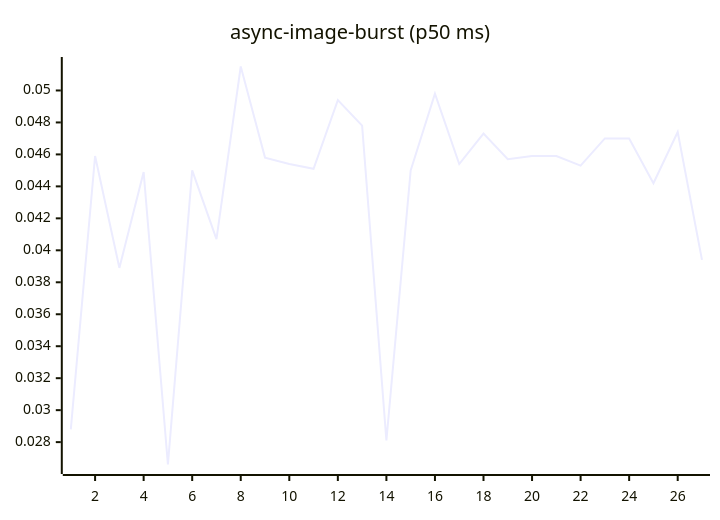
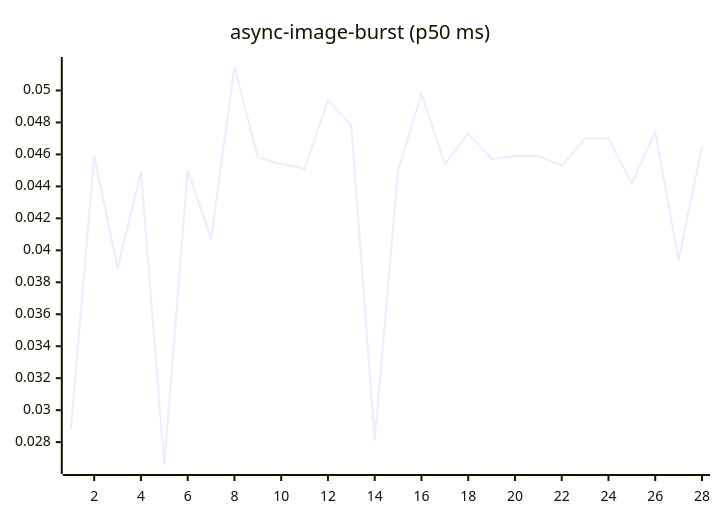
The fourth of 27 diagrams in README.md (josha/Facet), drawn with Mermaid before and after one commit. The commit also changed other lines of this file and 2 other files, not shown here.

````diff
--- a/README.md
+++ b/README.md
@@ -84,6 +84,6 @@
 ```mermaid
 xychart-beta
     title "async-image-burst (p50 ms)"
-    x-axis 1 --> 27
-    line [0.0288, 0.0459, 0.0389, 0.0449, 0.0266, 0.0450, 0.0407, 0.0515, 0.0458, 0.0454, 0.0451, 0.0494, 0.0478, 0.0281, 0.0450, 0.0498, 0.0454, 0.0473, 0.0457, 0.0459, 0.0459, 0.0453, 0.0470, 0.0470, 0.0442, 0.0474, 0.0394]
+    x-axis 1 --> 28
+    line [0.0288, 0.0459, 0.0389, 0.0449, 0.0266, 0.0450, 0.0407, 0.0515, 0.0458, 0.0454, 0.0451, 0.0494, 0.0478, 0.0281, 0.0450, 0.0498, 0.0454, 0.0473, 0.0457, 0.0459, 0.0459, 0.0453, 0.0470, 0.0470, 0.0442, 0.0474, 0.0394, 0.0465]
 ```
````
